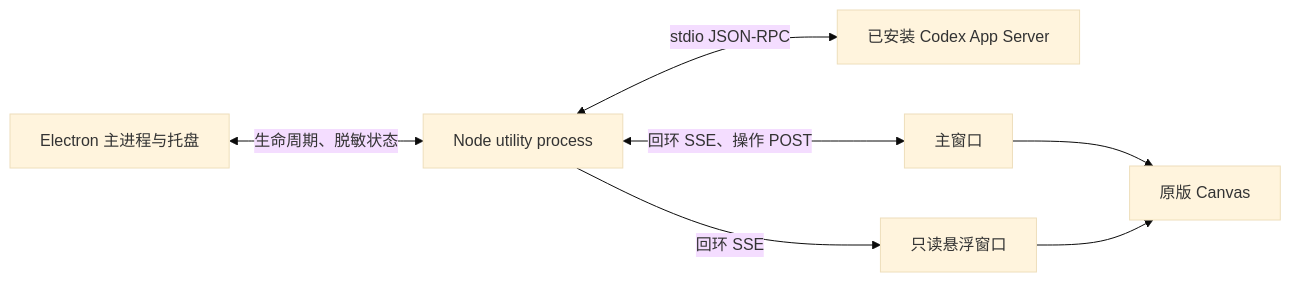
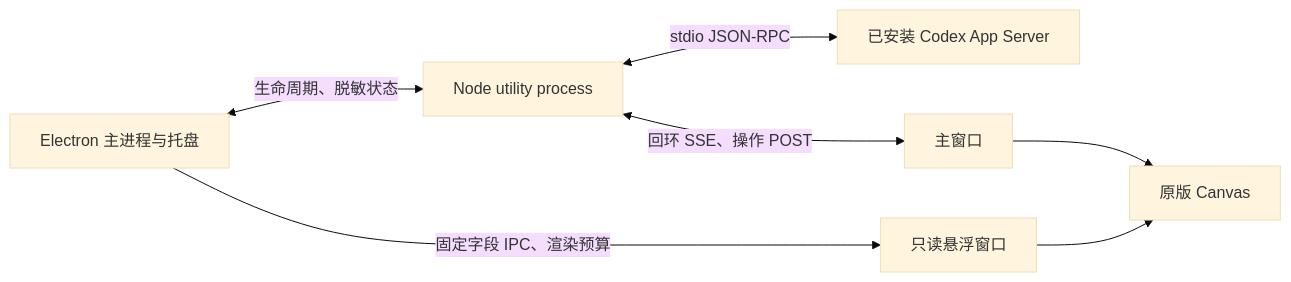
Before and after one commit to rrg1225/HaloFlux-for-Codex: the first of 2 diagrams in docs/ARCHITECTURE.md, drawn with Mermaid (base theme). The commit also changed other lines of this file and 32 other files, not shown here.

````diff
--- a/docs/ARCHITECTURE.md
+++ b/docs/ARCHITECTURE.md
@@ -5,9 +5,9 @@
 ```mermaid
 flowchart LR
   M["Electron 主进程与托盘"] <-->|"生命周期、脱敏状态"| B["Node utility process"]
   B <-->|"stdio JSON-RPC"| C["已安装 Codex App Server"]
   B <-->|"回环 SSE、操作 POST"| W["主窗口"]
-  B -->|"回环 SSE"| O["只读悬浮窗口"]
+  M -->|"固定字段 IPC、渲染预算"| O["只读悬浮窗口"]
   W --> R["原版 Canvas"]
   O --> R
 ```
````
